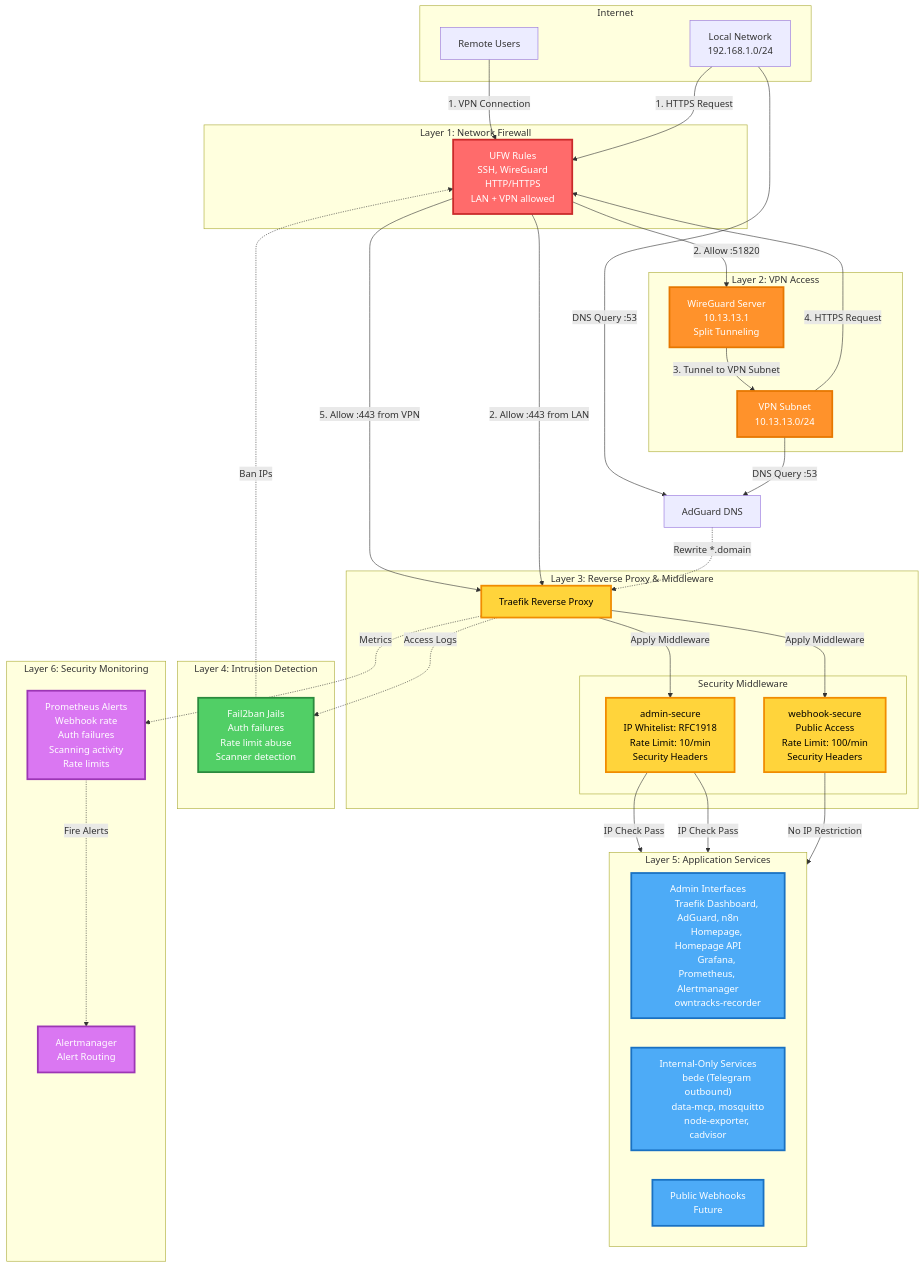
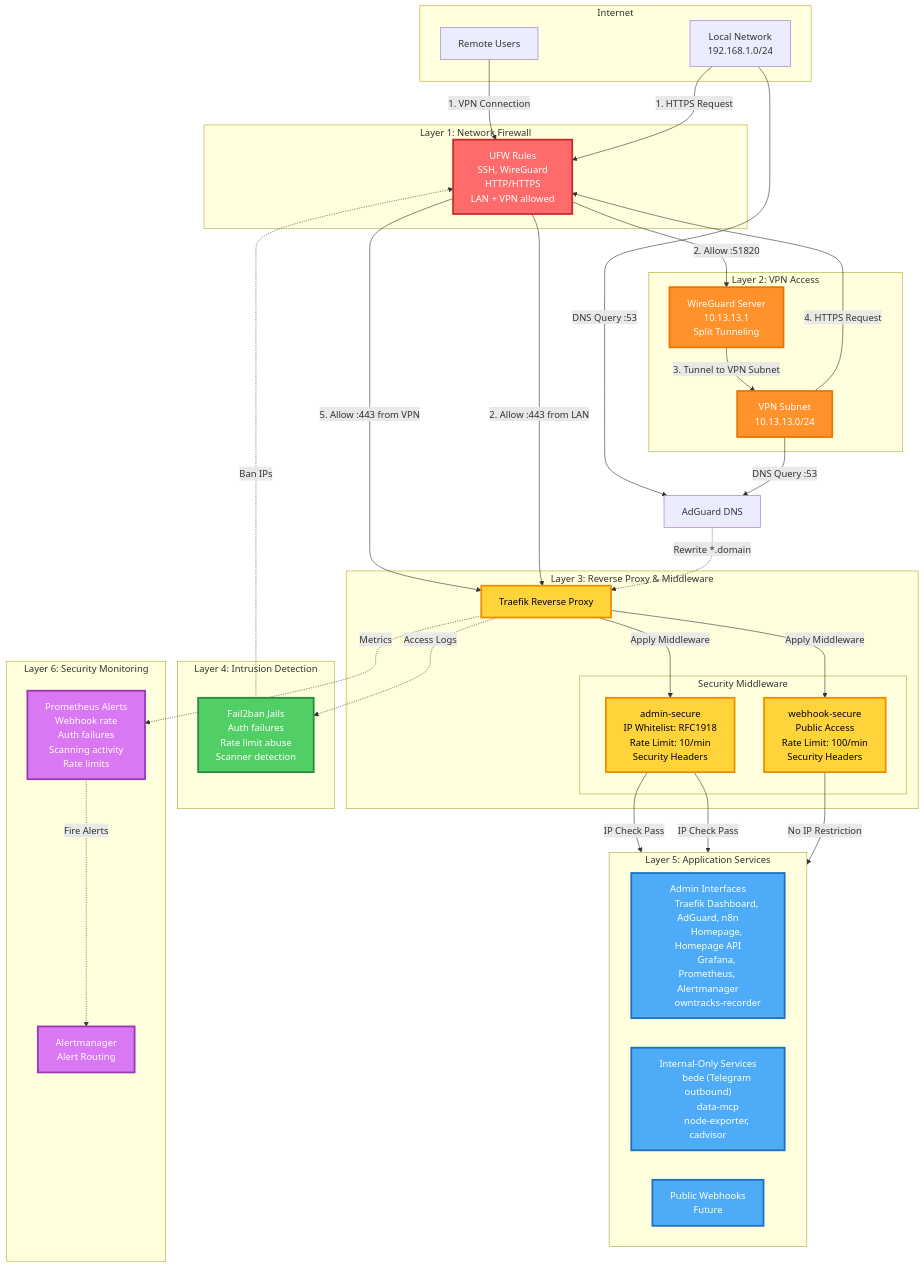
Before and after one commit to josephradford/home-server-stack: the second of 5 diagrams in ARCHITECTURE.md, drawn with Mermaid. The commit also changed other lines of this file and 3 other files, not shown here.

```diff
--- a/ARCHITECTURE.md
+++ b/ARCHITECTURE.md
@@ -249,7 +246,7 @@
         owntracks-recorder"]
         Internal["Internal-Only Services
         bede (Telegram outbound)
-        data-mcp, mosquitto
+        data-mcp
         node-exporter, cadvisor"]
         Webhooks["Public Webhooks
         Future"]
```
